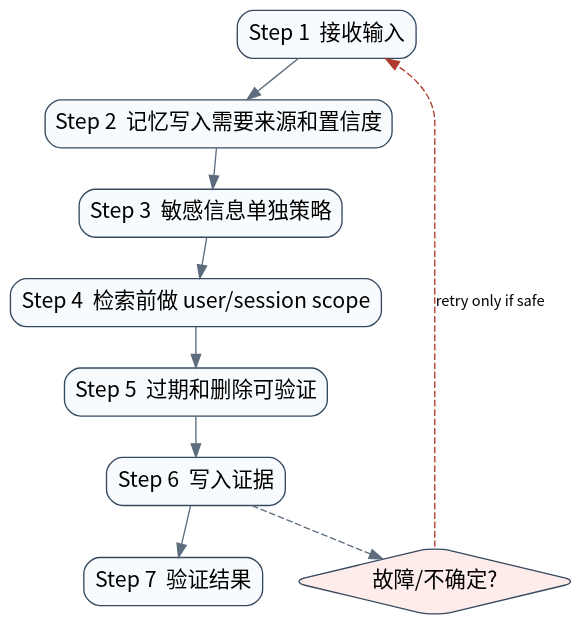
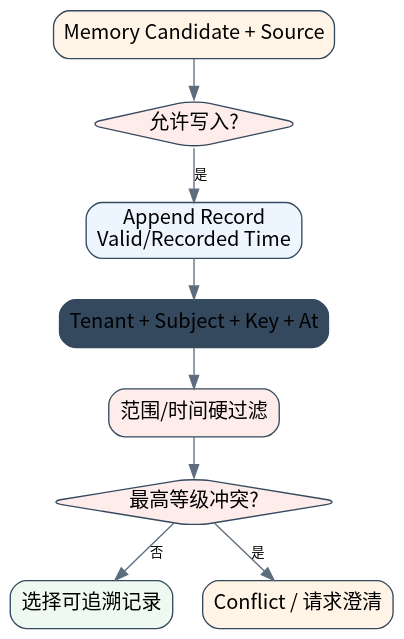
Before and after one commit to william-lbn/aiagentsystem: the diagram in book/assets/diagrams/11-memory-flow.dot, drawn with Graphviz. The commit also changed 227 other files, not shown here.

```diff
--- a/book/assets/diagrams/11-memory-flow.dot
+++ b/book/assets/diagrams/11-memory-flow.dot
@@ -1,21 +1,20 @@
 digraph G {
-graph [rankdir=TB,bgcolor="transparent",pad="0.15",nodesep="0.28",ranksep="0.42"];
-node [shape=box,style="rounded,filled",fontname="Noto Sans CJK SC",fontsize=16,color="#34495e",fillcolor="#f8fbfd"];
-edge [fontname="Noto Sans CJK SC",fontsize=11,color="#5d6d7e"];
-s0 [label="Step 1  接收输入"];
-s1 [label="Step 2  记忆写入需要来源和置信度"];
-s2 [label="Step 3  敏感信息单独策略"];
-s3 [label="Step 4  检索前做 user/session scope"];
-s4 [label="Step 5  过期和删除可验证"];
-s5 [label="Step 6  写入证据"];
-s6 [label="Step 7  验证结果"];
-s0->s1;
-s1->s2;
-s2->s3;
-s3->s4;
-s4->s5;
-s5->s6;
-fail [shape=diamond,label="故障/不确定?",fillcolor="#fdecea"];
-s5->fail [style=dashed];
-fail->s0 [label="retry only if safe",style=dashed,color="#b03a2e"];
+graph [rankdir=TB,bgcolor="transparent",pad="0.18",nodesep="0.3",ranksep="0.42"];
+node [shape=box,style="rounded,filled",fontname="Noto Sans CJK SC",fontsize=15,color="#34495e"];
+edge [fontname="Noto Sans CJK SC",fontsize=10,color="#5d6d7e"];
+candidate [label="Memory Candidate + Source",fillcolor="#fff4e6"];
+policy [shape=diamond,label="允许写入?",fillcolor="#fdecea"];
+append [label="Append Record\nValid/Recorded Time",fillcolor="#edf5ff"];
+query [label="Tenant + Subject + Key + At"];
+filter [label="范围/时间硬过滤",fillcolor="#fdecea"];
+conflict [shape=diamond,label="最高等级冲突?",fillcolor="#fdecea"];
+select [label="选择可追溯记录",fillcolor="#eef9f1"];
+abstain [label="Conflict / 请求澄清",fillcolor="#fff4e6"];
+candidate->policy;
+policy->append [label="是"];
+append->query;
+query->filter;
+filter->conflict;
+conflict->select [label="否"];
+conflict->abstain [label="是"];
 }
```
